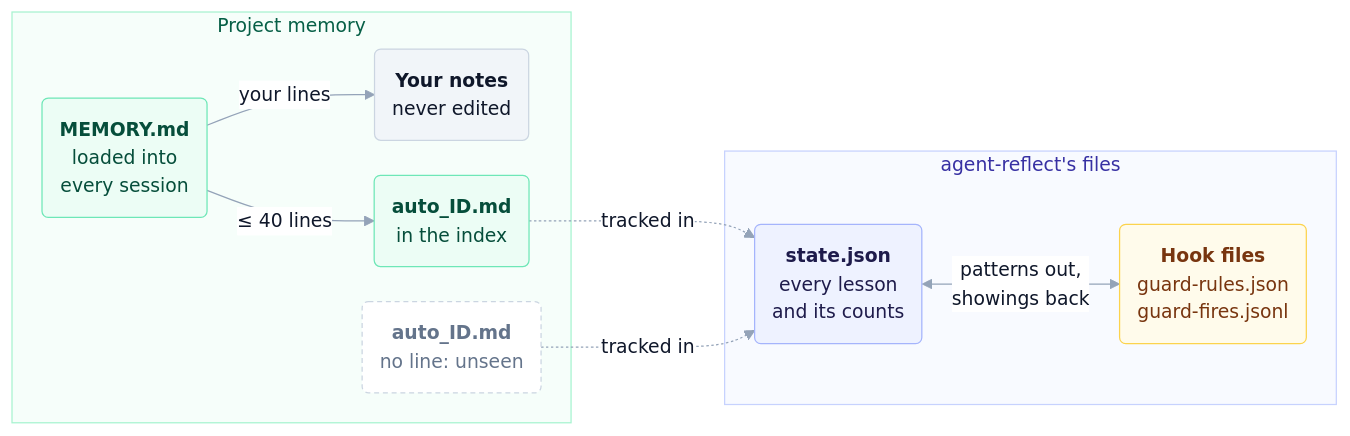
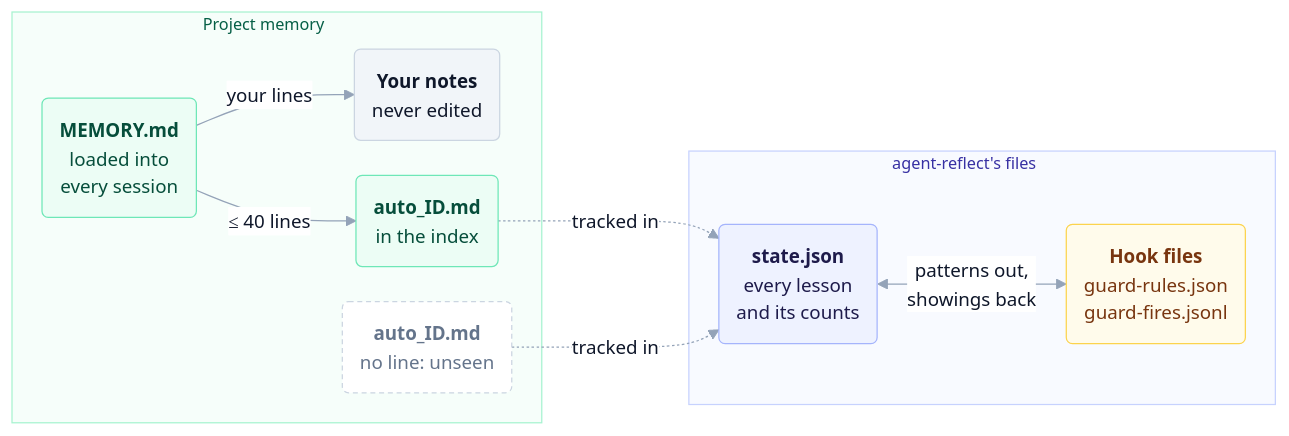
The second of 3 diagrams in README.md (vladislavgorbunov-afk/agent-reflect), drawn with Mermaid before and after one commit. The commit also changed other lines of this file, not shown here.

First line of the commit message:
docs: Keep the diagram labels inside their boxes on GitHub

````diff
--- a/README.md
+++ b/README.md
@@ -140,30 +141,31 @@
 ```mermaid
 %%{init: {"theme": "base", "themeVariables": {"fontFamily": "system-ui, -apple-system, Segoe UI, Helvetica, Arial, sans-serif", "fontSize": "15px", "lineColor": "#94a3b8", "primaryColor": "#f1f5f9", "primaryBorderColor": "#cbd5e1", "primaryTextColor": "#0f172a", "clusterBkg": "#f8fafc", "clusterBorder": "#e2e8f0", "edgeLabelBackground": "#ffffff"}, "flowchart": {"curve": "basis", "nodeSpacing": 28, "rankSpacing": 48, "padding": 14}}}%%
 flowchart LR
     subgraph P ["Project memory"]
         idx("<b>MEMORY.md</b><br/>loaded into<br/>every session"):::mem
         yours("<b>Your notes</b><br/>never edited"):::user
         live("<b>auto_ID.md</b><br/>in the index"):::mem
         wait("<b>auto_ID.md</b><br/>no line: unseen"):::muted
         idx -->|"your lines"| yours
         idx -->|"≤ 40 lines"| live
     end
 
     subgraph A ["agent-reflect's files"]
         st("<b>state.json</b><br/>every lesson<br/>and its counts"):::night
         hook("<b>Hook files</b><br/>guard-rules.json<br/>guard-fires.jsonl"):::work
         st <-->|"patterns out,<br/>showings back"| hook
     end
 
     live & wait -.->|"tracked in"| st
 
-    classDef night fill:#eef2ff,stroke:#a5b4fc,color:#1e1b4b
-    classDef mem fill:#ecfdf5,stroke:#6ee7b7,color:#064e3b
-    classDef work fill:#fffbeb,stroke:#fcd34d,color:#78350f
-    classDef week fill:#f5f3ff,stroke:#c4b5fd,color:#4c1d95
-    classDef user fill:#f1f5f9,stroke:#cbd5e1,color:#0f172a
-    classDef muted fill:#ffffff,stroke:#cbd5e1,stroke-dasharray:4 3,color:#64748b
-    classDef out fill:#ffffff,stroke:#cbd5e1,color:#475569
-    style P fill:#f6fefa,stroke:#a7f3d0,color:#065f46
-    style A fill:#f8faff,stroke:#c7d2fe,color:#3730a3
+    classDef night fill:#eef2ff,stroke:#a5b4fc,color:#1e1b4b,font-family:system-ui
+    classDef mem fill:#ecfdf5,stroke:#6ee7b7,color:#064e3b,font-family:system-ui
+    classDef work fill:#fffbeb,stroke:#fcd34d,color:#78350f,font-family:system-ui
+    classDef week fill:#f5f3ff,stroke:#c4b5fd,color:#4c1d95,font-family:system-ui
+    classDef user fill:#f1f5f9,stroke:#cbd5e1,color:#0f172a,font-family:system-ui
+    classDef muted fill:#ffffff,stroke:#cbd5e1,stroke-dasharray:4 3,color:#64748b,font-family:system-ui
+    classDef out fill:#ffffff,stroke:#cbd5e1,color:#475569,font-family:system-ui
+    style P fill:#f6fefa,stroke:#a7f3d0,color:#065f46,font-family:system-ui,font-size:13px
+    style A fill:#f8faff,stroke:#c7d2fe,color:#3730a3,font-family:system-ui,font-size:13px
+    linkStyle default font-family:system-ui
 ```
````
